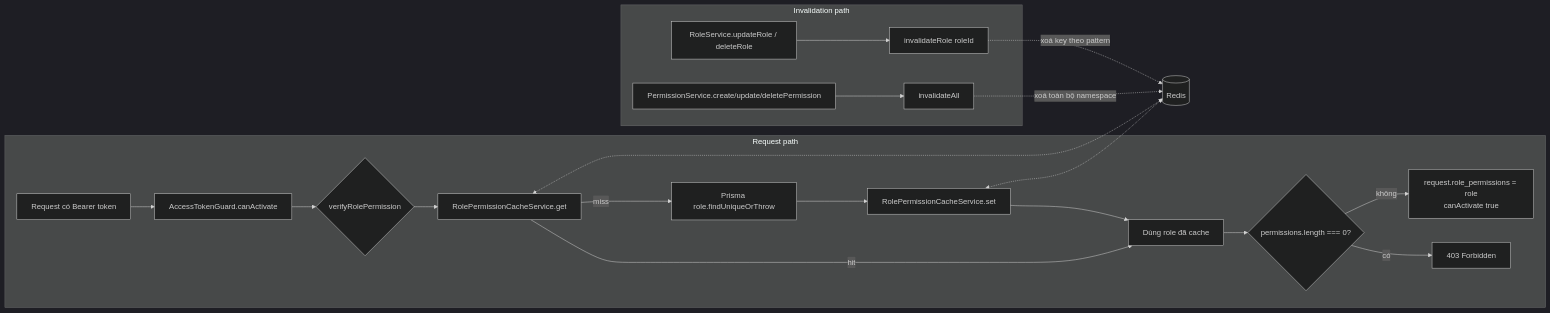
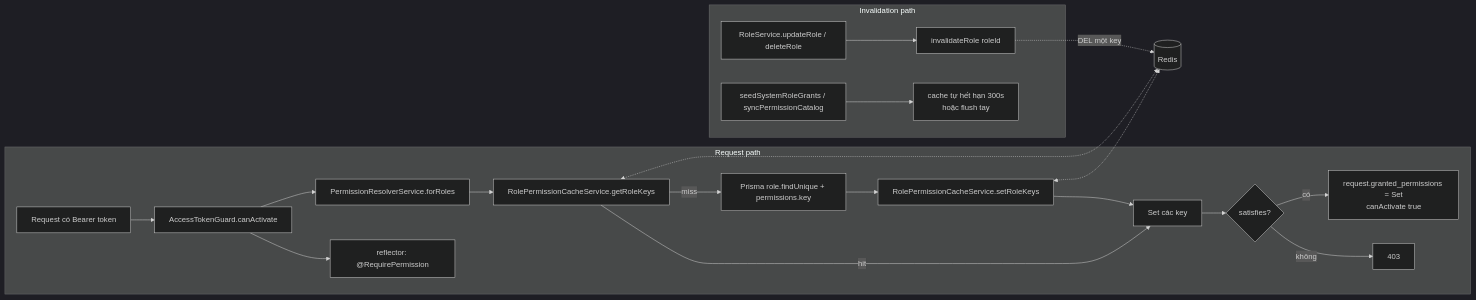
One commit to dangxuanthangqt/ecom changed the first of 3 diagrams in docs/redis-role-permission-cache.md. Above: the diagram before and after it, drawn with Mermaid (dark theme). The commit also changed other lines of this file and 11 other files, not shown here.

First line of the commit message:
docs: reconcile the documentation set with the permission refactor

````diff
--- a/docs/redis-role-permission-cache.md
+++ b/docs/redis-role-permission-cache.md
@@ -31,25 +23,25 @@
 ```mermaid
 flowchart LR
     subgraph Request path
         A[Request có Bearer token] --> B[AccessTokenGuard.canActivate]
-        B --> C{verifyRolePermission}
-        C --> D[RolePermissionCacheService.get]
-        D -->|hit| E[Dùng role đã cache]
-        D -->|miss| F[Prisma role.findUniqueOrThrow]
-        F --> G[RolePermissionCacheService.set]
-        G --> E
-        E --> H{permissions.length === 0?}
-        H -->|có| I[403 Forbidden]
-        H -->|không| J[request.role_permissions = role<br/>canActivate true]
+        B --> C[reflector: @RequirePermission]
+        B --> D[PermissionResolverService.forRoles]
+        D --> E[RolePermissionCacheService.getRoleKeys]
+        E -->|hit| F[Set các key]
+        E -->|miss| G[Prisma role.findUnique + permissions.key]
+        G --> H[RolePermissionCacheService.setRoleKeys]
+        H --> F
+        F --> I{satisfies?}
+        I -->|không| J[403]
+        I -->|có| K[request.granted_permissions = Set<br/>canActivate true]
     end
 
     subgraph Invalidation path
-        K[RoleService.updateRole / deleteRole] --> L[invalidateRole roleId]
-        M[PermissionService.create/update/deletePermission] --> N[invalidateAll]
+        L[RoleService.updateRole / deleteRole] --> M[invalidateRole roleId]
+        N[seedSystemRoleGrants / syncPermissionCatalog] --> O[cache tự hết hạn 300s<br/>hoặc flush tay]
     end
 
-    L -.xoá key theo pattern.-> Redis[(Redis)]
-    N -.xoá toàn bộ namespace.-> Redis
-    D <-.-> Redis
-    G <-.-> Redis
+    M -.DEL một key.-> Redis[(Redis)]
+    E <-.-> Redis
+    H <-.-> Redis
 ```
````
